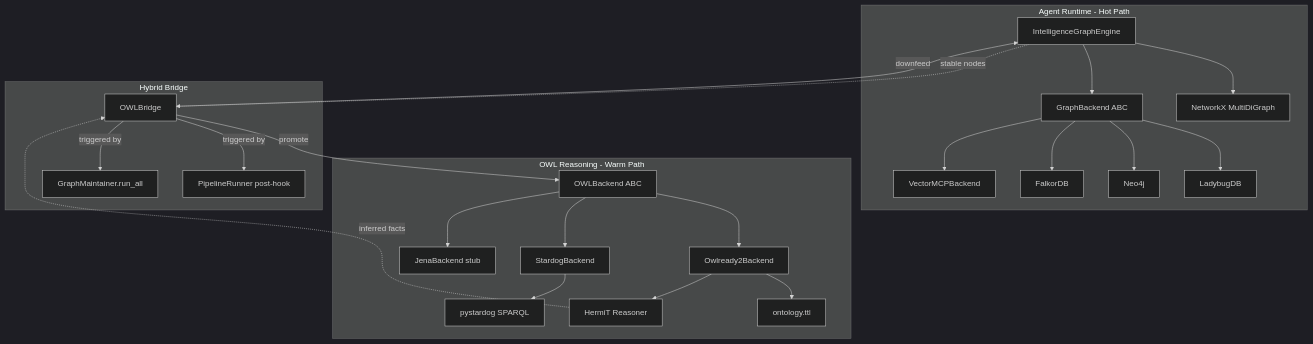
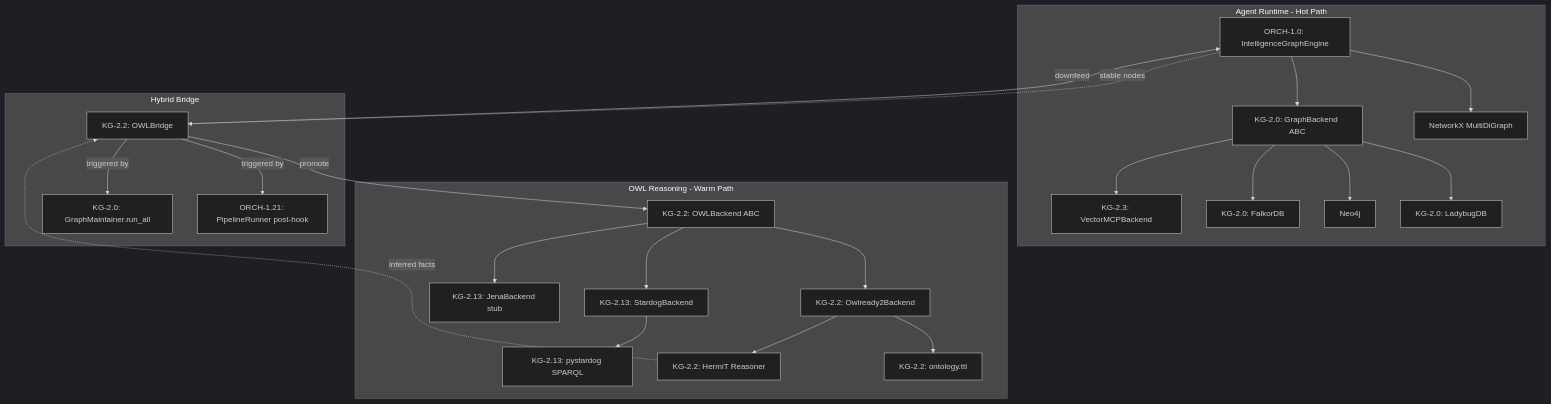
Before and after one commit to Knuckles-Team/agent-utilities: the second of 5 diagrams in docs/guides/knowledge-graph.md, drawn with Mermaid (dark theme). The commit also changed other lines of this file and 325 other files, not shown here.

````diff
--- a/docs/guides/knowledge-graph.md
+++ b/docs/guides/knowledge-graph.md
@@ -119,30 +119,30 @@
 ```mermaid
 graph TB
     subgraph HotPath ["Agent Runtime - Hot Path"]
-        A[IntelligenceGraphEngine] --> B[NetworkX MultiDiGraph]
-        A --> C[GraphBackend ABC]
-        C --> D[LadybugDB]
+        A[ORCH-1.0: IntelligenceGraphEngine] --> B[NetworkX MultiDiGraph]
+        A --> C[KG-2.0: GraphBackend ABC]
+        C --> D[KG-2.0: LadybugDB]
         C --> E[Neo4j]
-        C --> F[FalkorDB]
-        C --> G[VectorMCPBackend]
+        C --> F[KG-2.0: FalkorDB]
+        C --> G[KG-2.3: VectorMCPBackend]
     end
 
     subgraph WarmPath ["OWL Reasoning - Warm Path"]
-        H[OWLBackend ABC] --> I[Owlready2Backend]
-        H --> J[StardogBackend]
-        H --> K[JenaBackend stub]
-        I --> L["ontology.ttl"]
-        I --> M[HermiT Reasoner]
-        J --> N[pystardog SPARQL]
+        H[KG-2.2: OWLBackend ABC] --> I[KG-2.2: Owlready2Backend]
+        H --> J[KG-2.13: StardogBackend]
+        H --> K[KG-2.13: JenaBackend stub]
+        I --> L["KG-2.2: ontology.ttl"]
+        I --> M[KG-2.2: HermiT Reasoner]
+        J --> N[KG-2.13: pystardog SPARQL]
     end
 
     subgraph HybridBridge ["Hybrid Bridge"]
-        O[OWLBridge] -->|promote| H
+        O[KG-2.2: OWLBridge] -->|promote| H
         O -->|downfeed| A
-        O -->|"triggered by"| P[PipelineRunner post-hook]
-        O -->|"triggered by"| Q[GraphMaintainer.run_all]
+        O -->|"triggered by"| P[ORCH-1.21: PipelineRunner post-hook]
+        O -->|"triggered by"| Q[KG-2.0: GraphMaintainer.run_all]
     end
 
     A -.->|stable nodes| O
     M -.->|inferred facts| O
 ```
````
